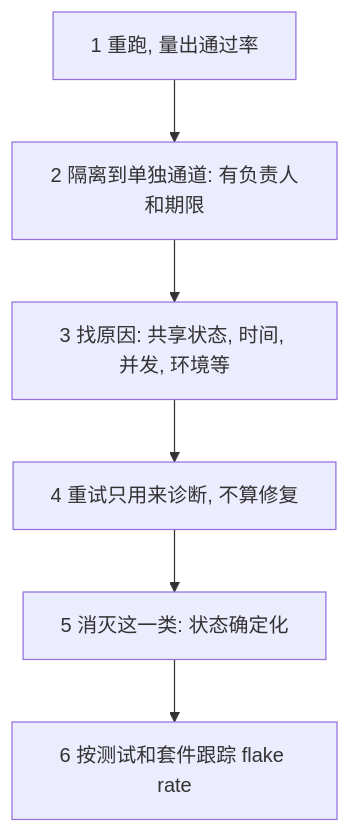
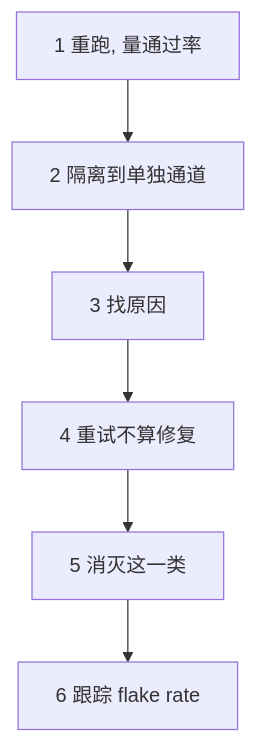
Before and after one commit to ChiChasesCheese/trellis: the diagram in vault/interviews/companies/cerebras/deck/cards/hm/cbr-hm-test-flaky.md, drawn with Mermaid. The commit also changed 27 other files, not shown here.

First line of the commit message:
Cerebras HM prep: phone-sized diagrams and two corrected facts in the 100 cards for the hiring-manager round

````diff
--- a/vault/interviews/companies/cerebras/deck/cards/hm/cbr-hm-test-flaky.md
+++ b/vault/interviews/companies/cerebras/deck/cards/hm/cbr-hm-test-flaky.md
@@ -18,8 +18,8 @@
 ```mermaid
 flowchart TD
-    A["1 重跑, 量出通过率"] --> B["2 隔离到单独通道: 有负责人和期限"]
-    B --> C["3 找原因: 共享状态, 时间, 并发, 环境等"]
-    C --> R["4 重试只用来诊断, 不算修复"]
-    R --> D["5 消灭这一类: 状态确定化"]
-    D --> E["6 按测试和套件跟踪 flake rate"]
+    A["1 重跑, 量通过率"] --> B["2 隔离到单独通道"]
+    B --> C["3 找原因"]
+    C --> R["4 重试不算修复"]
+    R --> D["5 消灭这一类"]
+    D --> E["6 跟踪 flake rate"]
 ```
````
